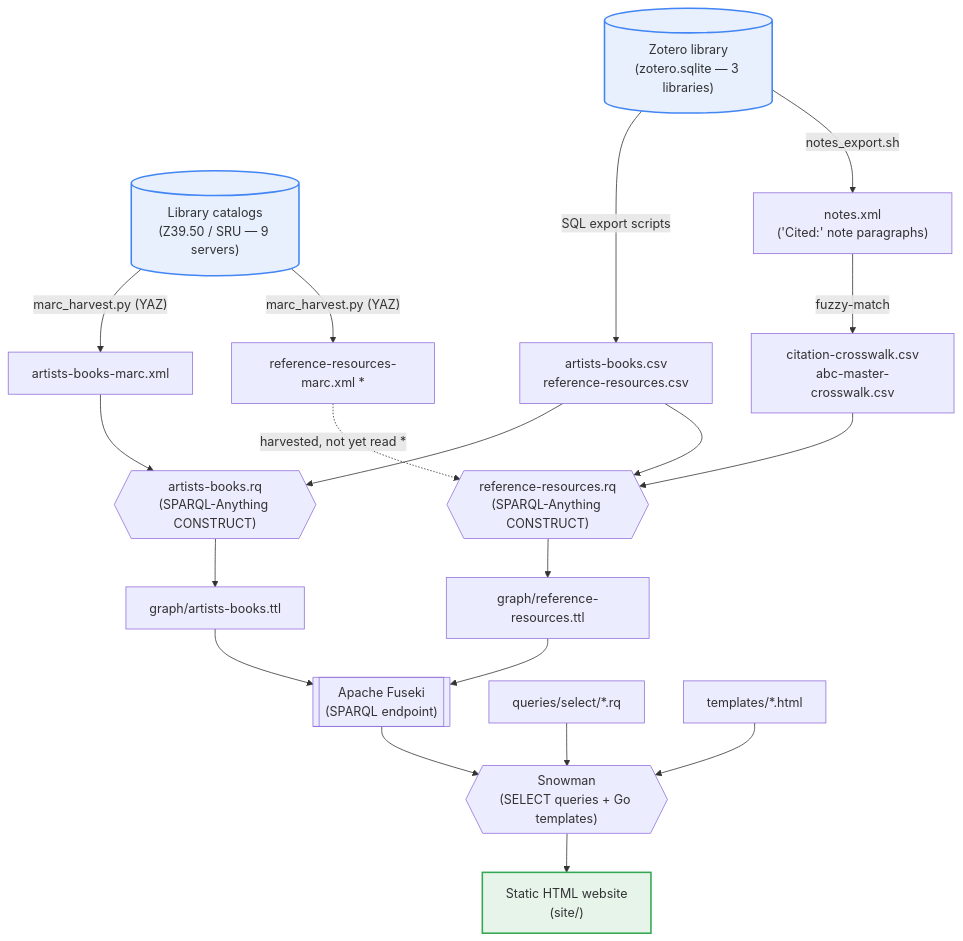
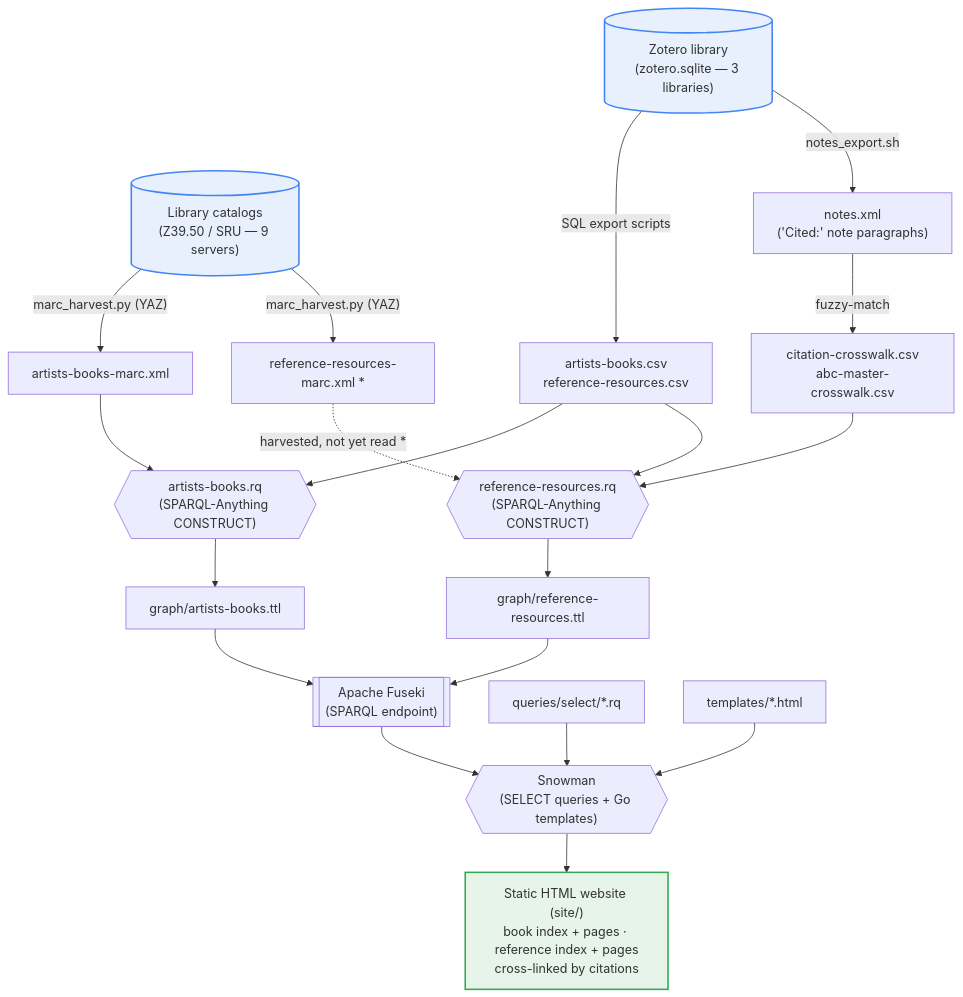
The diagram in PIPELINE.md (dkglab/artists-books), drawn with Mermaid before and after one commit. The commit also changed 3 other files, not shown here.

First line of the commit message:
docs: reflect that the reference graph is now consumed by views

````diff
--- a/PIPELINE.md
+++ b/PIPELINE.md
@@ -5,57 +5,57 @@
 ```mermaid
 flowchart TD
     %% ---- Inputs ----
     zotero[("Zotero library<br/>(zotero.sqlite — 3 libraries)")]
     catalogs[("Library catalogs<br/>(Z39.50 / SRU — 9 servers)")]
 
     %% ---- Stage 1: source extraction ----
     zotero -->|"SQL export scripts"| csvs["artists-books.csv<br/>reference-resources.csv"]
     zotero -->|"notes_export.sh"| notes["notes.xml<br/>('Cited:' note paragraphs)"]
     notes -->|"fuzzy-match"| crosswalks["citation-crosswalk.csv<br/>abc-master-crosswalk.csv"]
 
     catalogs -->|"marc_harvest.py (YAZ)"| marc["artists-books-marc.xml"]
     catalogs -->|"marc_harvest.py (YAZ)"| refmarc["reference-resources-marc.xml *"]
 
     %% ---- Stage 2: CONSTRUCT queries (SPARQL-Anything) ----
     csvs --> abrq{{"artists-books.rq<br/>(SPARQL-Anything CONSTRUCT)"}}
     marc --> abrq
     csvs --> refrq{{"reference-resources.rq<br/>(SPARQL-Anything CONSTRUCT)"}}
     crosswalks --> refrq
     refmarc -.->|"harvested, not yet read *"| refrq
 
     abrq --> abttl["graph/artists-books.ttl"]
     refrq --> refttl["graph/reference-resources.ttl"]
 
     %% ---- Stage 3: graph store ----
     abttl --> fuseki[["Apache Fuseki<br/>(SPARQL endpoint)"]]
     refttl --> fuseki
 
     %% ---- Stage 4: site generation ----
     fuseki --> snowman{{"Snowman<br/>(SELECT queries + Go templates)"}}
     selects["queries/select/*.rq"] --> snowman
     templates["templates/*.html"] --> snowman
 
     %% ---- Output ----
-    snowman --> site["Static HTML website<br/>(site/)"]
+    snowman --> site["Static HTML website (site/)<br/>book index + pages · reference index + pages<br/>cross-linked by citations"]
 
     %% ---- Clickable links to the README sections that document each stage ----
     %% Absolute URLs: GitHub renders Mermaid in a sandboxed iframe where
     %% relative paths resolve against viewscreen.githubusercontent.com and break.
     click csvs "https://github.com/dkglab/artists-books/blob/main/README.md#1-zotero--csv" "README §1: Zotero → CSV"
     click notes "https://github.com/dkglab/artists-books/blob/main/README.md#1-zotero--csv" "README §1: Zotero → CSV"
     click crosswalks "https://github.com/dkglab/artists-books/blob/main/README.md#1-zotero--csv" "README §1: Zotero → CSV"
     click marc "https://github.com/dkglab/artists-books/blob/main/README.md#2-library-catalogs--marcxml" "README §2: Library catalogs → MARCXML"
     click refmarc "https://github.com/dkglab/artists-books/blob/main/README.md#2-library-catalogs--marcxml" "README §2: Library catalogs → MARCXML"
     click abrq "https://github.com/dkglab/artists-books/blob/main/README.md#3-csv--marcxml--rdf-graph" "README §3: CSV + MARCXML → RDF graph"
     click refrq "https://github.com/dkglab/artists-books/blob/main/README.md#3-csv--marcxml--rdf-graph" "README §3: CSV + MARCXML → RDF graph"
     click abttl "https://github.com/dkglab/artists-books/blob/main/README.md#3-csv--marcxml--rdf-graph" "README §3: CSV + MARCXML → RDF graph"
     click refttl "https://github.com/dkglab/artists-books/blob/main/README.md#3-csv--marcxml--rdf-graph" "README §3: CSV + MARCXML → RDF graph"
     click fuseki "https://github.com/dkglab/artists-books/blob/main/README.md#4-rdf-graph--website" "README §4: RDF graph → website"
     click snowman "https://github.com/dkglab/artists-books/blob/main/README.md#4-rdf-graph--website" "README §4: RDF graph → website"
     click site "https://github.com/dkglab/artists-books/blob/main/README.md#4-rdf-graph--website" "README §4: RDF graph → website"
 
     classDef input fill:#e8f0fe,stroke:#4285f4,stroke-width:2px;
     classDef output fill:#e6f4ea,stroke:#34a853,stroke-width:2px;
     class zotero,catalogs input;
     class site output;
 ```
````
